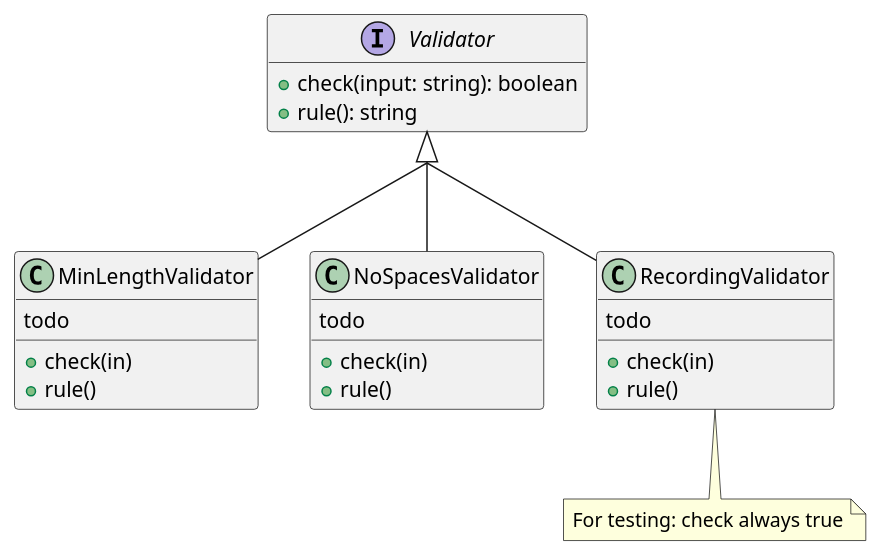
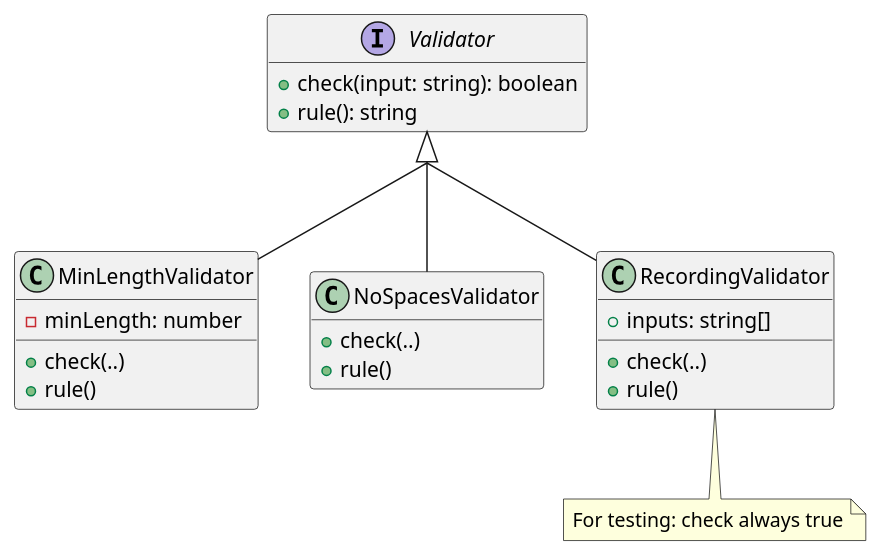
One commit to ubccpsc/210 changed the fourth of 4 diagrams in docs/part2/05_boundaries.md. Above: the diagram before and after it, drawn with PlantUML. The commit also changed other lines of this file and 6 other files, not shown here.

````diff
--- a/docs/part2/05_boundaries.md
+++ b/docs/part2/05_boundaries.md
@@ -373,29 +363,28 @@
 ```plantuml
 @startuml
 
 hide empty members
 skinparam groupInheritance 2
 
 interface Validator
 
 Validator <|.. MinLengthValidator
 Validator <|.. NoSpacesValidator
 
 Validator <|.. RecordingValidator
 note "For testing: check always true" as N1
 RecordingValidator .. N1
 
 Validator : +check(input: string): boolean
 Validator : +rule(): string
-MinLengthValidator : todo
-MinLengthValidator : +check(in)
+MinLengthValidator : -minLength: number
+MinLengthValidator : +check(..)
 MinLengthValidator : +rule()
-NoSpacesValidator : todo
-NoSpacesValidator : +check(in)
+NoSpacesValidator : +check(..)
 NoSpacesValidator : +rule()
-RecordingValidator : todo
-RecordingValidator : +check(in)
+RecordingValidator : +inputs: string[]
+RecordingValidator : +check(..)
 RecordingValidator : +rule()
 
 @enduml
 ```
````
